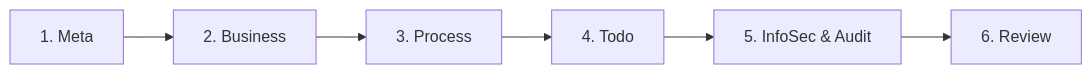
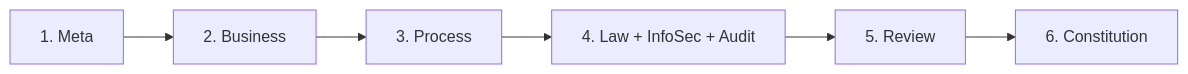
The first of 2 diagrams in README.md (ro9er117911/SDD_kit), drawn with Mermaid before and after one commit. The commit also changed other lines of this file and 116 other files, not shown here.

````diff
--- a/README.md
+++ b/README.md
@@ -42,8 +48,8 @@
 ```mermaid
 flowchart LR
     A[1. Meta] --> B[2. Business]
     B --> C[3. Process]
-    C --> D[4. Todo]
-    D --> E[5. InfoSec & Audit]
-    E --> F[6. Review]
+    C --> D[4. Law + InfoSec + Audit]
+    D --> E[5. Review]
+    E --> F[6. Constitution]
 ```
````
